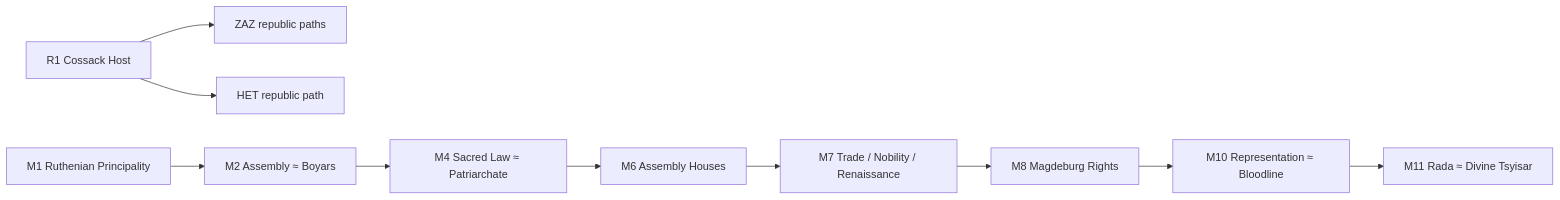
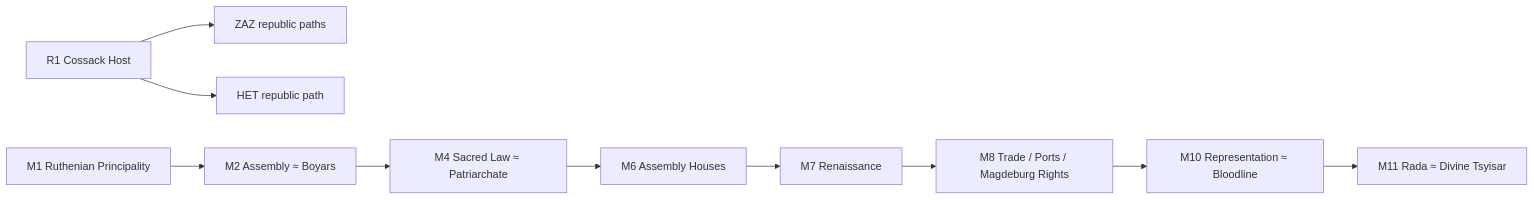
Before and after one commit to Yamtom/RIP: the second of 10 diagrams in docs/GOVERNMENT_REFORMS_MAP.uk.md, drawn with Mermaid. The commit also changed other lines of this file and 50 other files, not shown here.

````diff
--- a/docs/GOVERNMENT_REFORMS_MAP.uk.md
+++ b/docs/GOVERNMENT_REFORMS_MAP.uk.md
@@ -95,12 +100,12 @@
 ```mermaid
 flowchart LR
   C["R1 Cossack Host"] --> Z["ZAZ republic paths"]
   C --> H["HET republic path"]
   R["M1 Ruthenian Principality"] --> M2["M2 Assembly ≈ Boyars"]
   M2 --> M4["M4 Sacred Law ≈ Patriarchate"]
   M4 --> M6["M6 Assembly Houses"]
-  M6 --> M7["M7 Trade / Nobility / Renaissance"]
-  M7 --> M8["M8 Magdeburg Rights"]
+  M6 --> M7["M7 Renaissance"]
+  M7 --> M8["M8 Trade / Ports / Magdeburg Rights"]
   M8 --> M10["M10 Representation ≈ Bloodline"]
   M10 --> M11["M11 Rada ≈ Divine Tsyisar"]
 ```
````
